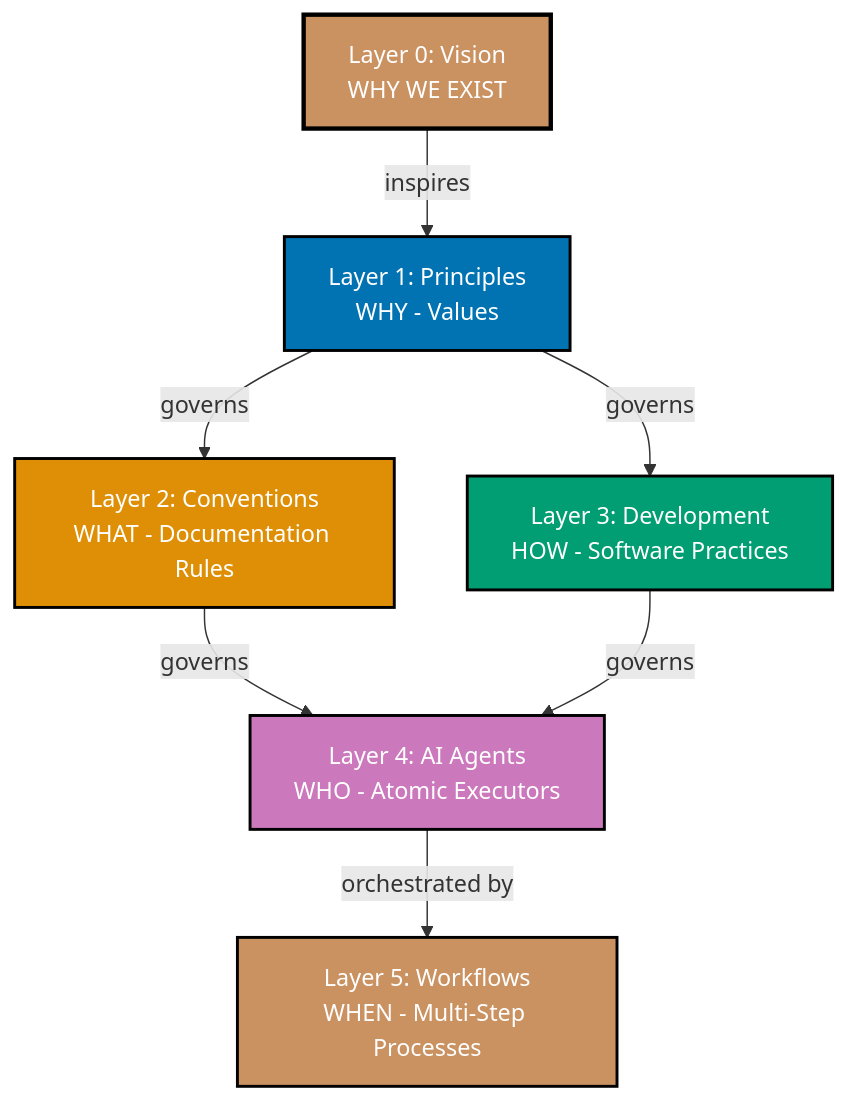
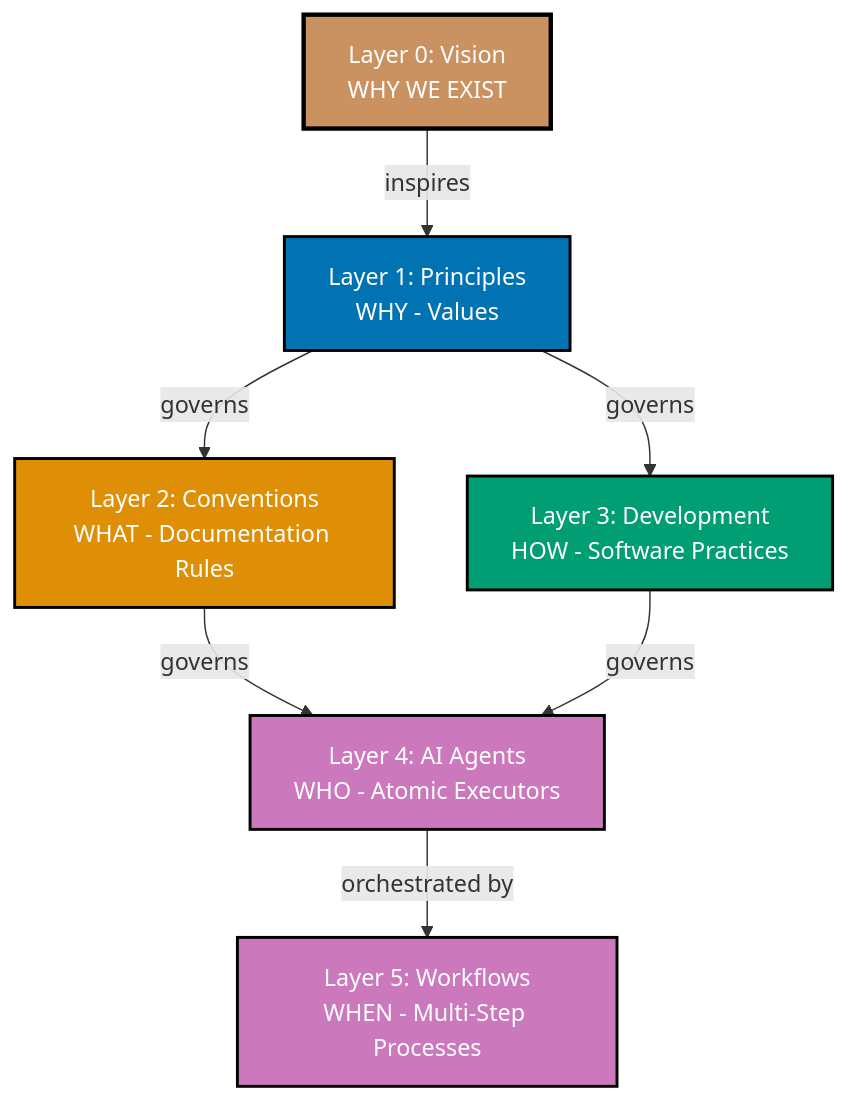
One commit to wahidyankf/open-sharia-enterprise changed the diagram in governance/README.md. Above: the diagram before and after it, drawn with Mermaid. The commit also changed other lines of this file and 106 other files, not shown here.

````diff
--- a/governance/README.md
+++ b/governance/README.md
@@ -37,24 +37,24 @@
 ```mermaid
 %% Color Palette: Blue #0173B2, Orange #DE8F05, Teal #029E73, Purple #CC78BC, Brown #CA9161
 graph TD
  L0[Layer 0: Vision<br/>WHY WE EXIST]
  L1[Layer 1: Principles<br/>WHY - Values]
  L2[Layer 2: Conventions<br/>WHAT - Documentation Rules]
  L3[Layer 3: Development<br/>HOW - Software Practices]
  L4[Layer 4: AI Agents<br/>WHO - Atomic Executors]
  L5[Layer 5: Workflows<br/>WHEN - Multi-Step Processes]
 
  L0 -->|inspires| L1
  L1 -->|governs| L2
  L1 -->|governs| L3
  L2 -->|governs| L4
  L3 -->|governs| L4
  L4 -->|orchestrated by| L5
 
  style L0 fill:#CA9161,stroke:#000000,color:#FFFFFF,stroke-width:3px
  style L1 fill:#0173B2,stroke:#000000,color:#FFFFFF,stroke-width:2px
  style L2 fill:#DE8F05,stroke:#000000,color:#FFFFFF,stroke-width:2px
  style L3 fill:#029E73,stroke:#000000,color:#FFFFFF,stroke-width:2px
  style L4 fill:#CC78BC,stroke:#000000,color:#FFFFFF,stroke-width:2px
- style L5 fill:#CA9161,stroke:#000000,color:#FFFFFF,stroke-width:2px
+ style L5 fill:#CC78BC,stroke:#000000,color:#FFFFFF,stroke-width:2px
 ```
````
